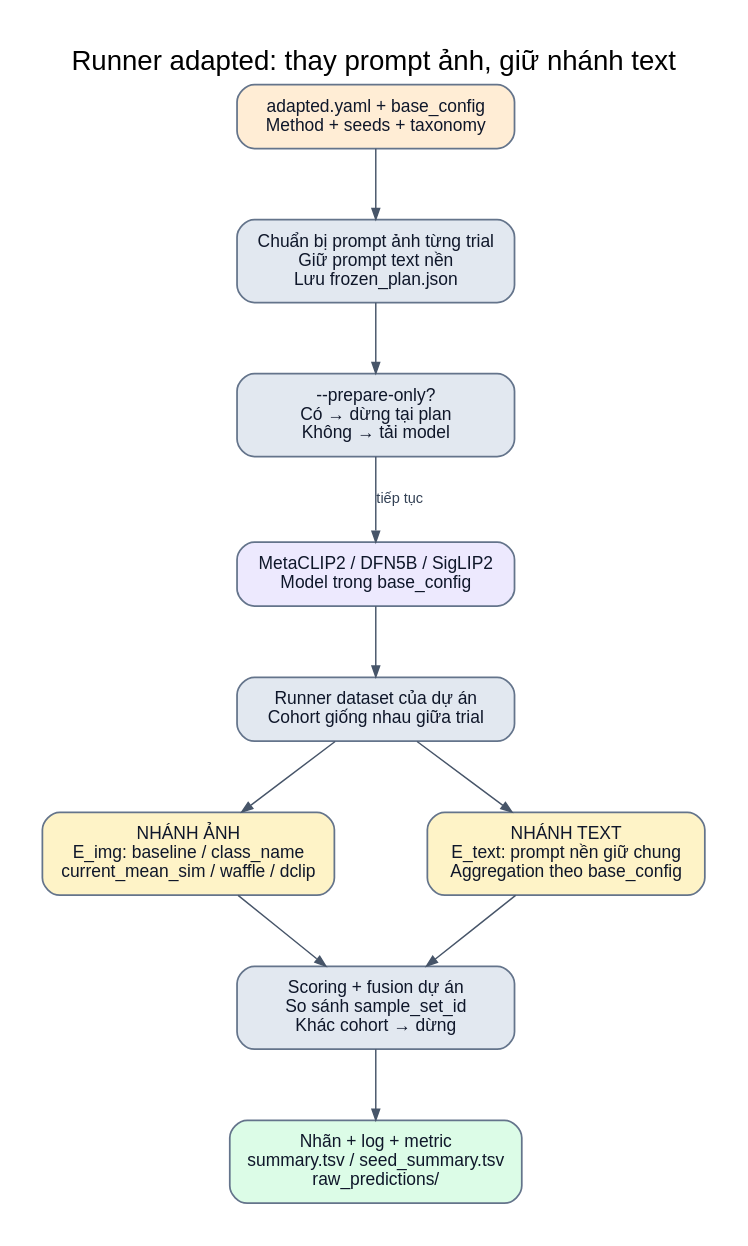
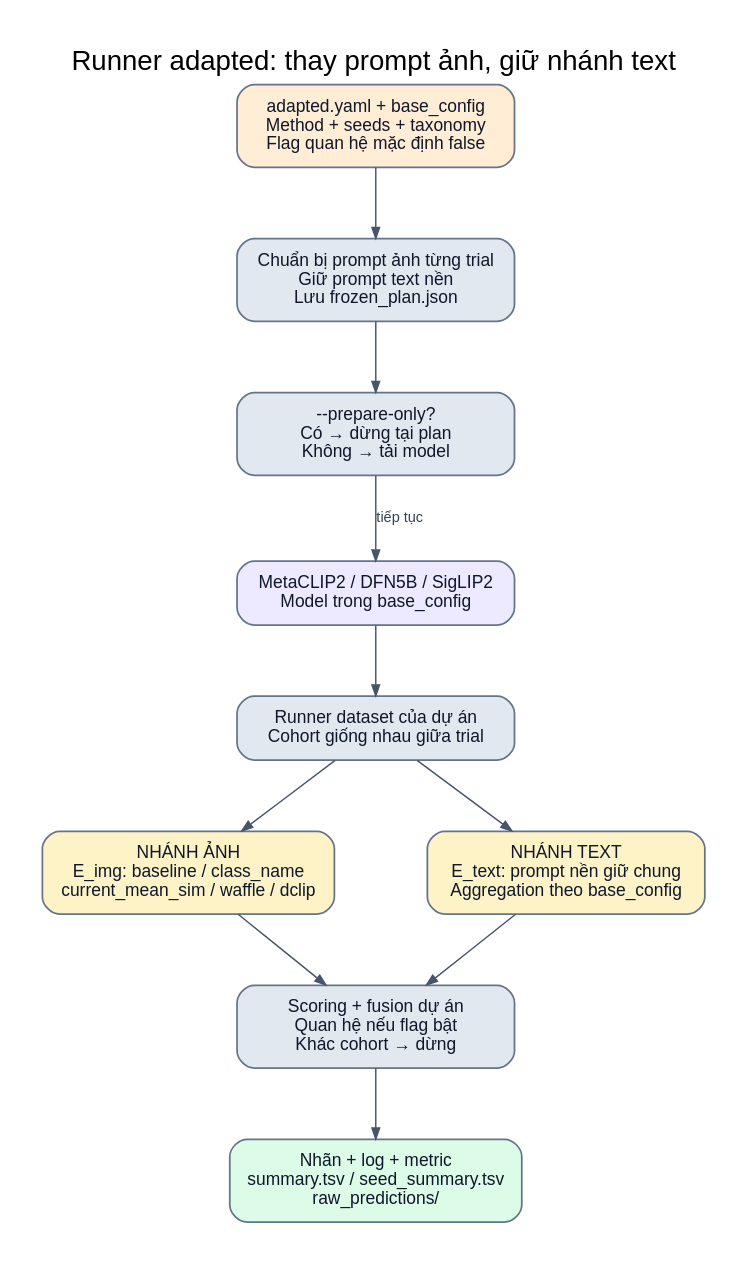
One commit to nguyenmanhhung3105/ZeroShot_Classification_Multimodal changed the diagram in docs/so_do_he_thong/so_do/13_adapted.dot. Above: the diagram before and after it, drawn with Graphviz. The commit also changed 48 other files, not shown here.

```diff
--- a/docs/so_do_he_thong/so_do/13_adapted.dot
+++ b/docs/so_do_he_thong/so_do/13_adapted.dot
@@ -1,30 +1,30 @@
 digraph G {
 graph [rankdir=TB, bgcolor="white", fontname="Arial", fontsize=19,
   pad=0.3, nodesep=0.45, ranksep=0.65, splines=polyline,
   labelloc=t, label="Runner adapted: thay prompt ảnh, giữ nhánh text"];
 node [shape=box, style="rounded,filled", fontname="Arial", fontsize=12,
   color="#64748b", fontcolor="#0f172a", penwidth=1.2,
   margin="0.18,0.12", width=2.65];
 edge [fontname="Arial", fontsize=10, color="#475569",
   fontcolor="#334155", arrowsize=0.75];
-cfg [label="adapted.yaml + base_config\nMethod + seeds + taxonomy", fillcolor="#ffedd5"];
+cfg [label="adapted.yaml + base_config\nMethod + seeds + taxonomy\nFlag quan hệ mặc định false", fillcolor="#ffedd5"];
 plan [label="Chuẩn bị prompt ảnh từng trial\nGiữ prompt text nền\nLưu frozen_plan.json", fillcolor="#e2e8f0"];
 prep [label="--prepare-only?\nCó → dừng tại plan\nKhông → tải model", fillcolor="#e2e8f0"];
 model [label="MetaCLIP2 / DFN5B / SigLIP2\nModel trong base_config", fillcolor="#ede9fe"];
 runner [label="Runner dataset của dự án\nCohort giống nhau giữa trial", fillcolor="#e2e8f0"];
 img [label="NHÁNH ẢNH\nE_img: baseline / class_name\ncurrent_mean_sim / waffle / dclip", fillcolor="#fef3c7"];
 text [label="NHÁNH TEXT\nE_text: prompt nền giữ chung\nAggregation theo base_config", fillcolor="#fef3c7"];
-fuse [label="Scoring + fusion dự án\nSo sánh sample_set_id\nKhác cohort → dừng", fillcolor="#e2e8f0"];
+fuse [label="Scoring + fusion dự án\nQuan hệ nếu flag bật\nKhác cohort → dừng", fillcolor="#e2e8f0"];
 out [label="Nhãn + log + metric\nsummary.tsv / seed_summary.tsv\nraw_predictions/", fillcolor="#dcfce7"];
 cfg -> plan;
 plan -> prep;
 prep -> model [label="tiếp tục"];
 model -> runner;
 runner -> img;
 runner -> text;
 img -> fuse;
 text -> fuse;
 fuse -> out;
 {rank=same; img; text;}
 img -> text [style=invis, weight=100];
 }
```
